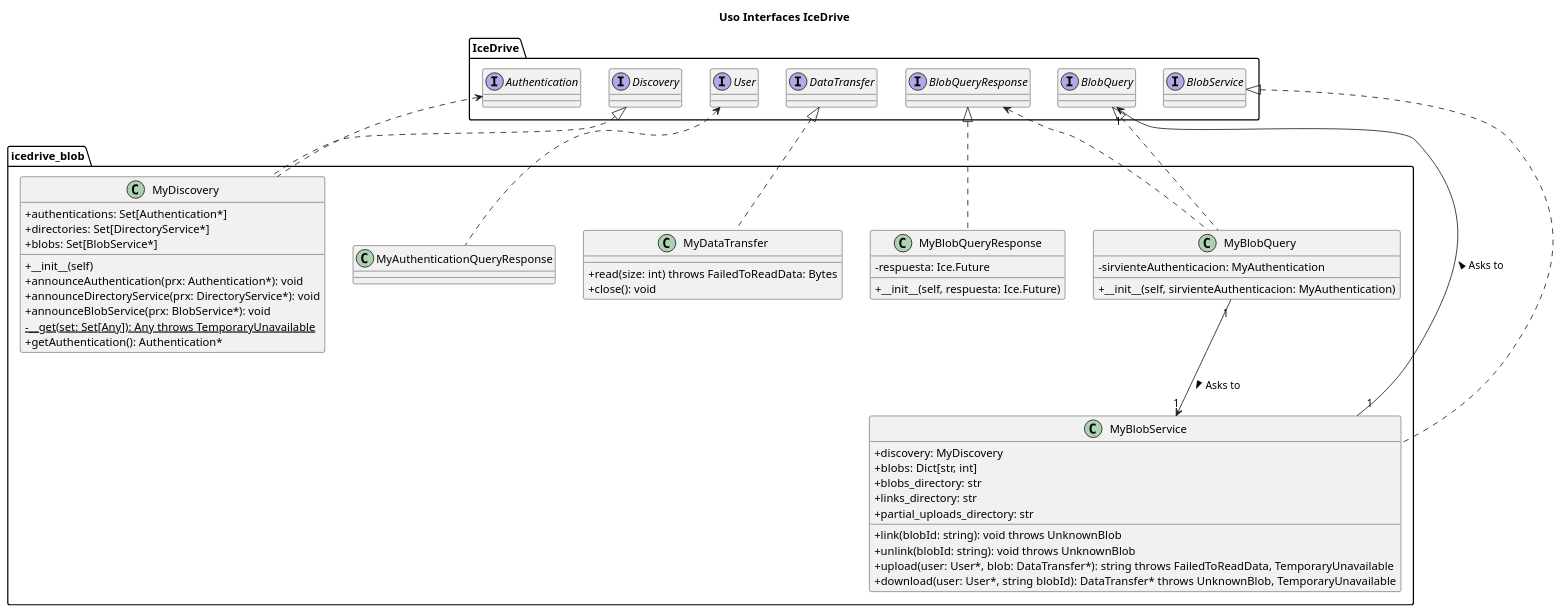
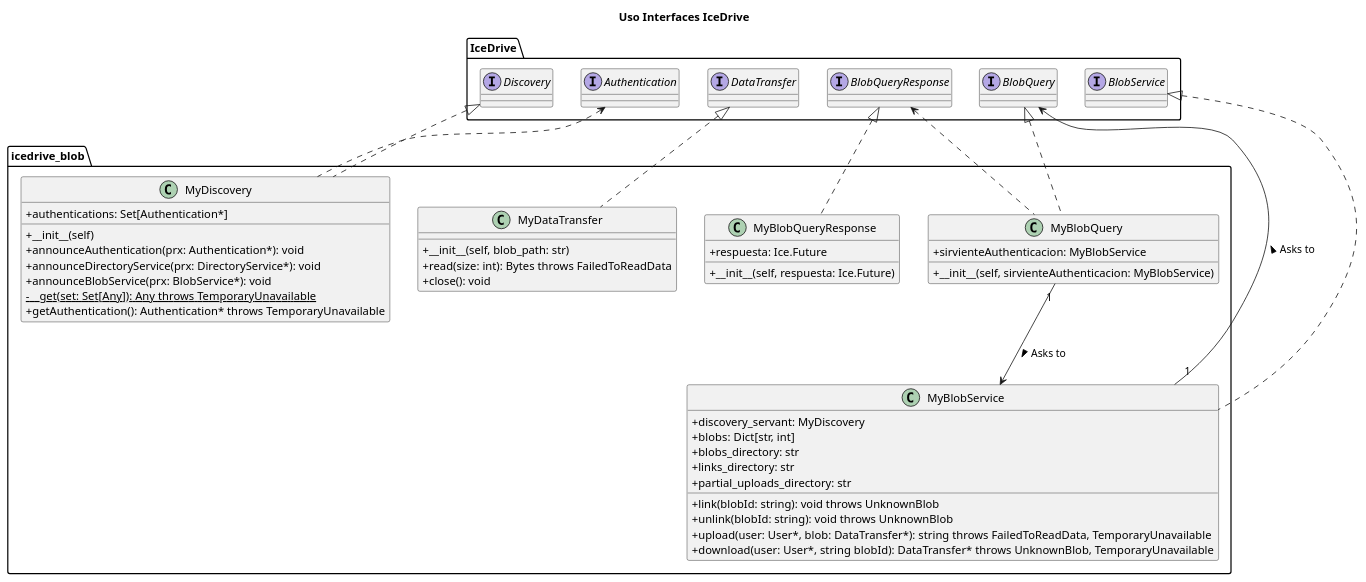
One commit to RedBed24/SSDD_2324 changed the diagram in doc/src/uso_interfaces.puml. Above: the diagram before and after it, drawn with PlantUML. The commit also changed 3 other files, not shown here.

Commit message:
Update index of doc with class diagrams

```diff
--- a/doc/src/uso_interfaces.puml
+++ b/doc/src/uso_interfaces.puml
@@ -1,71 +1,68 @@
 @startuml uso_interfaces
 title Uso Interfaces IceDrive
 
 skinparam ClassAttributeIconSize 0
 
 package IceDrive {
 	interface Discovery
 	interface Authentication
-	interface User
 	interface DataTransfer
 	interface BlobService
 	interface BlobQueryResponse
 	interface BlobQuery
 }
 
 package icedrive_blob {
 	Discovery <|.. MyDiscovery
 	DataTransfer <|.. MyDataTransfer
 	BlobService <|.. MyBlobService
 	BlobQuery <|.. MyBlobQuery
 	BlobQueryResponse <|.. MyBlobQueryResponse
 
-	MyBlobQuery "1" --> "1" MyBlobService: > Asks to
-	MyBlobService "1" --> "1" BlobQuery: > Asks to
+	MyBlobQuery "1" --> MyBlobService: > Asks to
+	MyBlobService "1" --> BlobQuery: > Asks to
 
 	Authentication <.. MyDiscovery
 
 	BlobQueryResponse <.. MyBlobQuery
-	User <.. MyAuthenticationQueryResponse
 
 	class MyDiscovery {
 		+ authentications: Set[Authentication*]
-		+ directories: Set[DirectoryService*]
-		+ blobs: Set[BlobService*]
 		+ __init__(self)
 		+ announceAuthentication(prx: Authentication*): void
 		+ announceDirectoryService(prx: DirectoryService*): void
 		+ announceBlobService(prx: BlobService*): void
 		- {static} __get(set: Set[Any]): Any throws TemporaryUnavailable
-		+ getAuthentication(): Authentication*
+		+ getAuthentication(): Authentication* throws TemporaryUnavailable
 	}
 
 	class MyDataTransfer {
-		+ read(size: int) throws FailedToReadData: Bytes 
-		+ close(): void 
+		+ __init__(self, blob_path: str)
+		+ read(size: int): Bytes throws FailedToReadData
+		+ close(): void
 	}
 
 	class MyBlobService {
-		+ discovery: MyDiscovery
+		+ discovery_servant: MyDiscovery
 		+ blobs: Dict[str, int]
 		+ blobs_directory: str
 		+ links_directory: str
 		+ partial_uploads_directory: str
 		+ link(blobId: string): void throws UnknownBlob
 		+ unlink(blobId: string): void throws UnknownBlob
 		+ upload(user: User*, blob: DataTransfer*): string throws FailedToReadData, TemporaryUnavailable
 		+ download(user: User*, string blobId): DataTransfer* throws UnknownBlob, TemporaryUnavailable
 	}
 
 	class MyBlobQuery {
-		- sirvienteAuthenticacion: MyAuthentication
-		+ __init__(self, sirvienteAuthenticacion: MyAuthentication)
+		+ sirvienteAuthenticacion: MyBlobService
+		+ __init__(self, sirvienteAuthenticacion: MyBlobService)
 	}
 
 	class MyBlobQueryResponse {
-		- respuesta: Ice.Future
+		+ respuesta: Ice.Future
 		+ __init__(self, respuesta: Ice.Future)
 	}
 }
 
 @enduml
```
